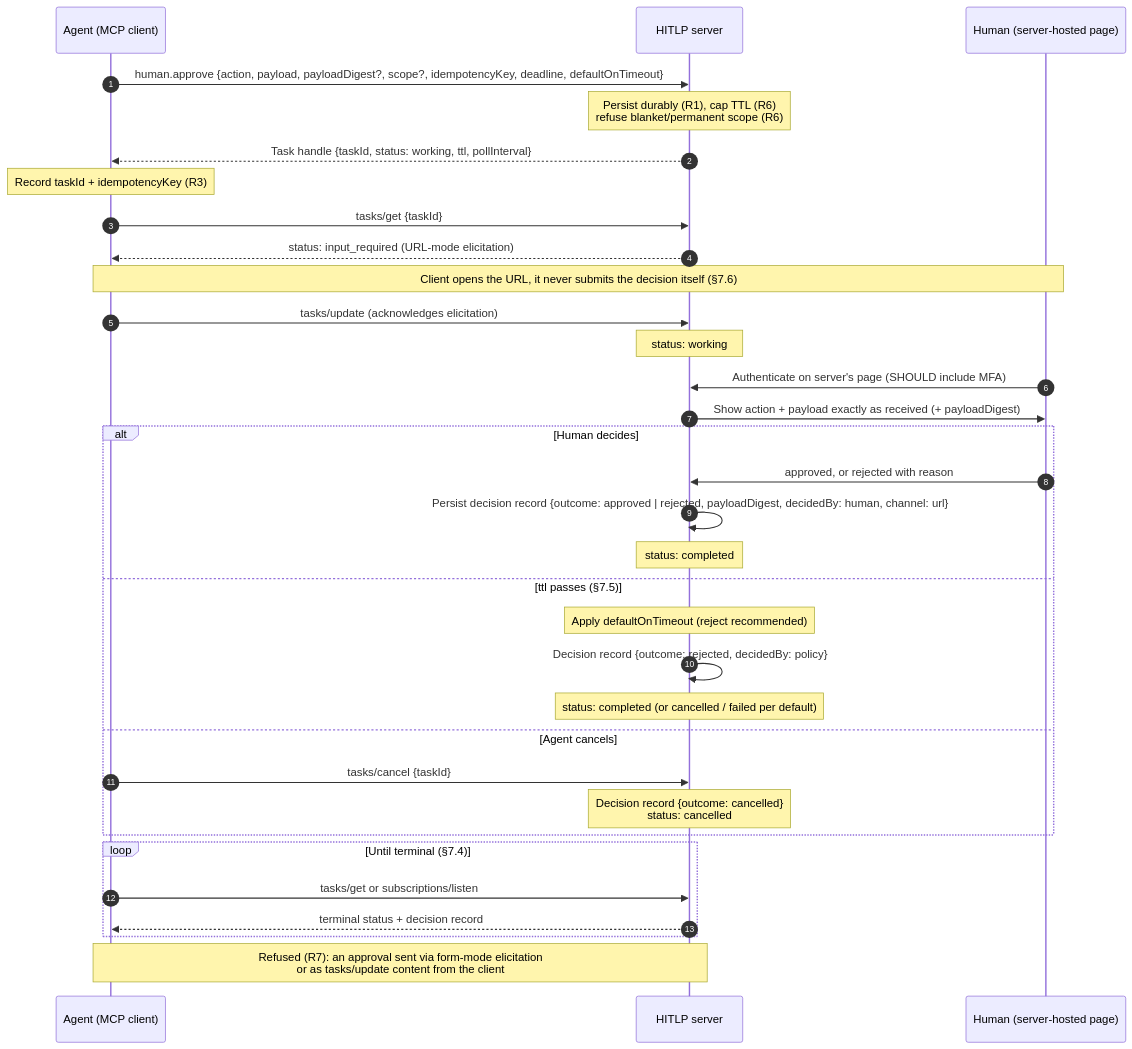
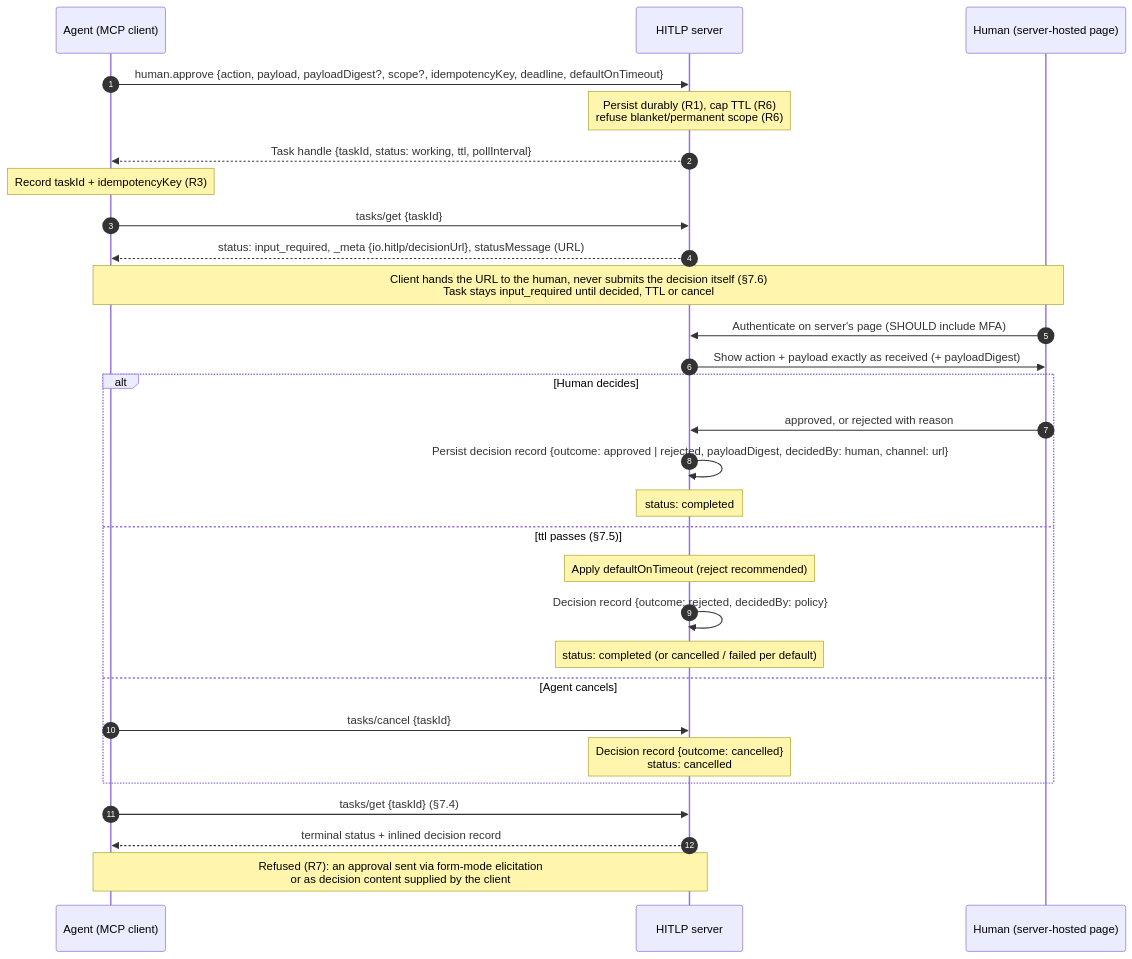
One commit to codefrak-oss/hitlp changed the diagram in diagrams/approve.md. Above: the diagram before and after it, drawn with Mermaid. The commit also changed 3 other files, not shown here.

Commit message:
Spec and diagrams: URL-mode Approve stays input_required until decided; align Tasks methods with SEP-2663

````diff
--- a/diagrams/approve.md
+++ b/diagrams/approve.md
@@ -9,41 +9,37 @@
 ```mermaid
 sequenceDiagram
     autonumber
     participant A as Agent (MCP client)
     participant S as HITLP server
     participant H as Human (server-hosted page)
 
     A->>S: human.approve {action, payload, payloadDigest?, scope?, idempotencyKey, deadline, defaultOnTimeout}
     Note over S: Persist durably (R1), cap TTL (R6)<br/>refuse blanket/permanent scope (R6)
     S-->>A: Task handle {taskId, status: working, ttl, pollInterval}
     Note over A: Record taskId + idempotencyKey (R3)
 
     A->>S: tasks/get {taskId}
-    S-->>A: status: input_required (URL-mode elicitation)
-    Note over A,H: Client opens the URL, it never submits the decision itself (§7.6)
-    A->>S: tasks/update (acknowledges elicitation)
-    Note over S: status: working
+    S-->>A: status: input_required, _meta {io.hitlp/decisionUrl}, statusMessage (URL)
+    Note over A,H: Client hands the URL to the human, never submits the decision itself (§7.6)<br/>Task stays input_required until decided, TTL or cancel
 
     H->>S: Authenticate on server's page (SHOULD include MFA)
     S->>H: Show action + payload exactly as received (+ payloadDigest)
 
     alt Human decides
         H->>S: approved, or rejected with reason
         S->>S: Persist decision record {outcome: approved | rejected, payloadDigest, decidedBy: human, channel: url}
         Note over S: status: completed
     else ttl passes (§7.5)
         Note over S: Apply defaultOnTimeout (reject recommended)
         S->>S: Decision record {outcome: rejected, decidedBy: policy}
         Note over S: status: completed (or cancelled / failed per default)
     else Agent cancels
         A->>S: tasks/cancel {taskId}
         Note over S: Decision record {outcome: cancelled}<br/>status: cancelled
     end
 
-    loop Until terminal (§7.4)
-        A->>S: tasks/get or subscriptions/listen
-        S-->>A: terminal status + decision record
-    end
+    A->>S: tasks/get {taskId} (§7.4)
+    S-->>A: terminal status + inlined decision record
 
-    Note over A,S: Refused (R7): an approval sent via form-mode elicitation<br/>or as tasks/update content from the client
+    Note over A,S: Refused (R7): an approval sent via form-mode elicitation<br/>or as decision content supplied by the client
 ```
````
